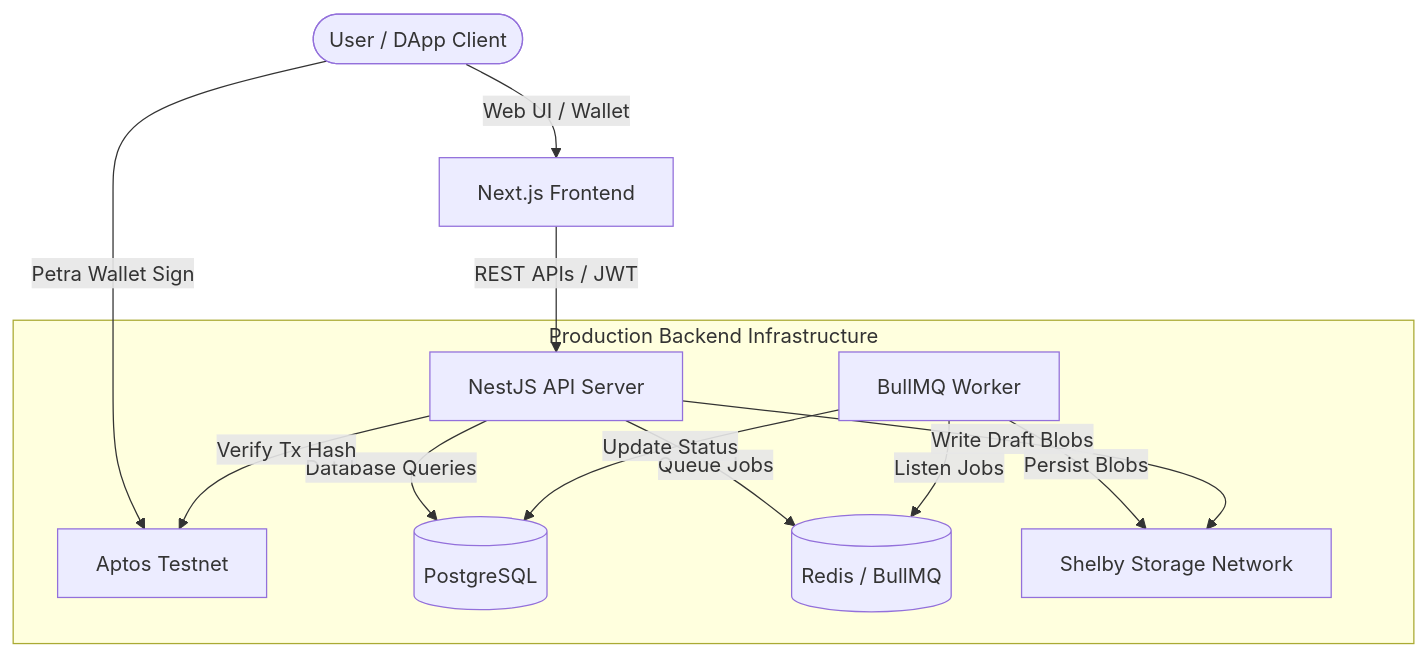
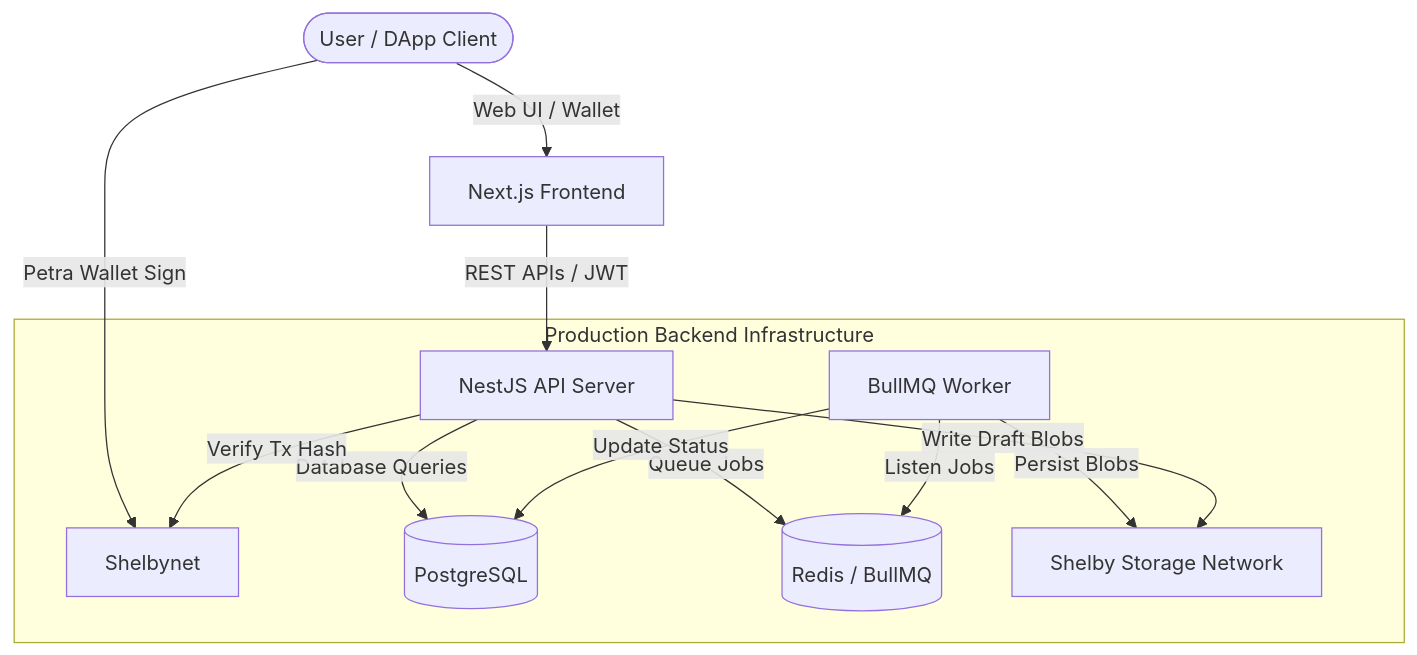
The diagram in docs/architecture.md (Avnsmith/Dataforge), drawn with Mermaid before and after one commit. The commit also changed other lines of this file and 17 other files, not shown here.

````diff
--- a/docs/architecture.md
+++ b/docs/architecture.md
@@ -11,17 +11,17 @@
 ```mermaid
 graph TD
     User([User / DApp Client]) -->|Web UI / Wallet| Frontend[Next.js Frontend]
-    User -->|Petra Wallet Sign| AptosChain[Aptos Testnet]
+    User -->|Petra Wallet Sign| AptosChain[Shelbynet]
     Frontend -->|REST APIs / JWT| Backend[NestJS API Server]
     
     subgraph "Production Backend Infrastructure"
         Backend -->|Database Queries| DB[(PostgreSQL)]
         Backend -->|Queue Jobs| Redis[(Redis / BullMQ)]
         Backend -->|Verify Tx Hash| AptosChain
         
         Worker[BullMQ Worker] -->|Listen Jobs| Redis
         Worker -->|Update Status| DB
         Worker -->|Persist Blobs| ShelbyStorage[Shelby Storage Network]
         Backend -->|Write Draft Blobs| ShelbyStorage
     end
 ```
````
